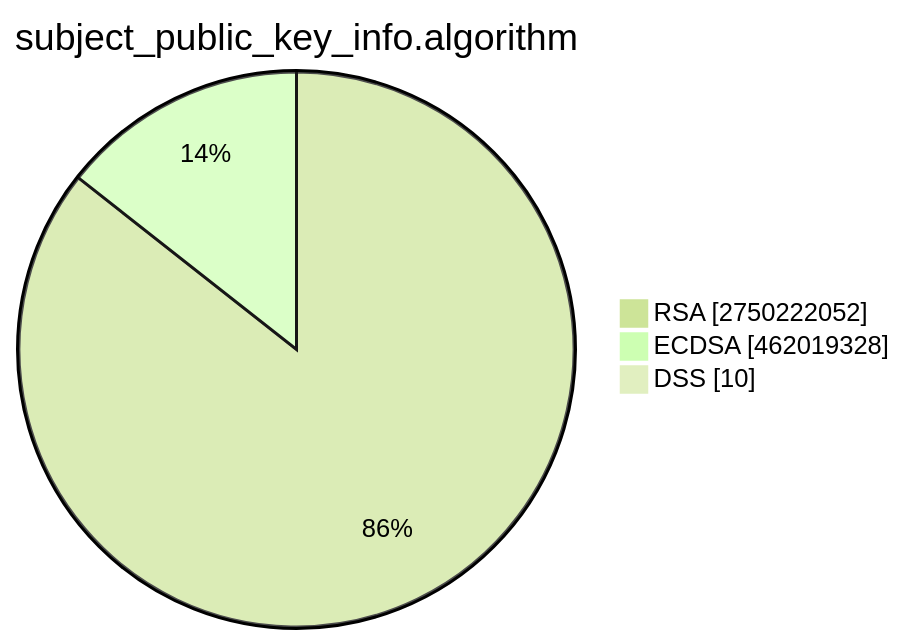
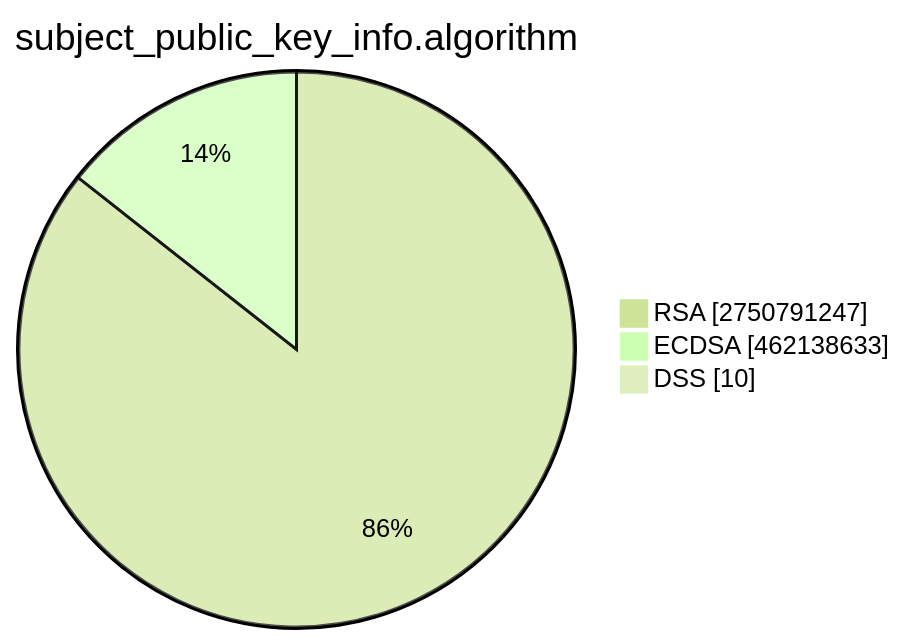
The second of 15 diagrams in TOTAL/README.md (christiankrug/ctmonitor_visualization), drawn with Mermaid (forest theme) before and after one commit. The commit also changed other lines of this file, not shown here.

````diff
--- a/TOTAL/README.md
+++ b/TOTAL/README.md
@@ -6,7 +6,7 @@
 ```mermaid
 pie showData
 title subject_public_key_info.algorithm
-"RSA" :2750222052
-"ECDSA" :462019328
+"RSA" :2750791247
+"ECDSA" :462138633
 "DSS" :10
 ```
````
